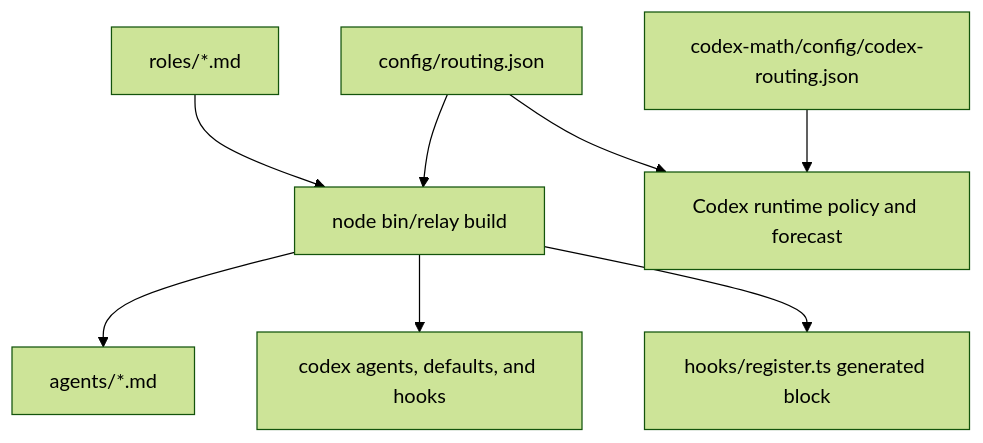
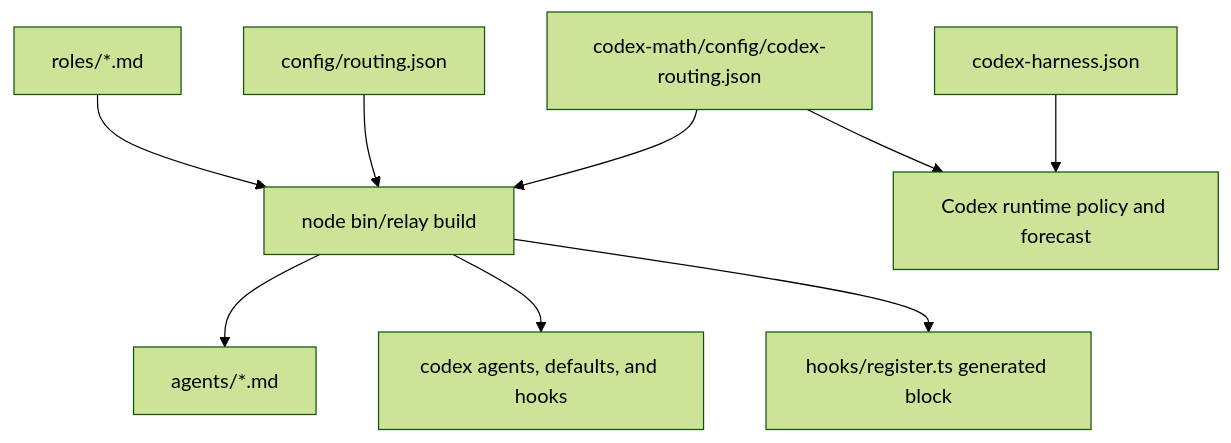
Before and after one commit to cube-digital/relay: the diagram in docs/configuration/README.md, drawn with Mermaid (forest theme). The commit also changed other lines of this file and 5 other files, not shown here.

Commit message:
T8: Human docs describe the new Codex routing and budget

````diff
--- a/docs/configuration/README.md
+++ b/docs/configuration/README.md
@@ -18,10 +18,11 @@
 ```mermaid
 graph TD
   R[roles/*.md] --> B[node bin/relay build]
   C[config/routing.json] --> B
   B --> A[agents/*.md]
   B --> X[codex agents, defaults, and hooks]
   B --> M[hooks/register.ts generated block]
-  K[codex-math/config/codex-routing.json] --> H[Codex runtime policy and forecast]
-  C --> H
+  K[codex-math/config/codex-routing.json] --> B
+  K --> H[Codex runtime policy and forecast]
+  H2[codex-harness.json] --> H
 ```
````
